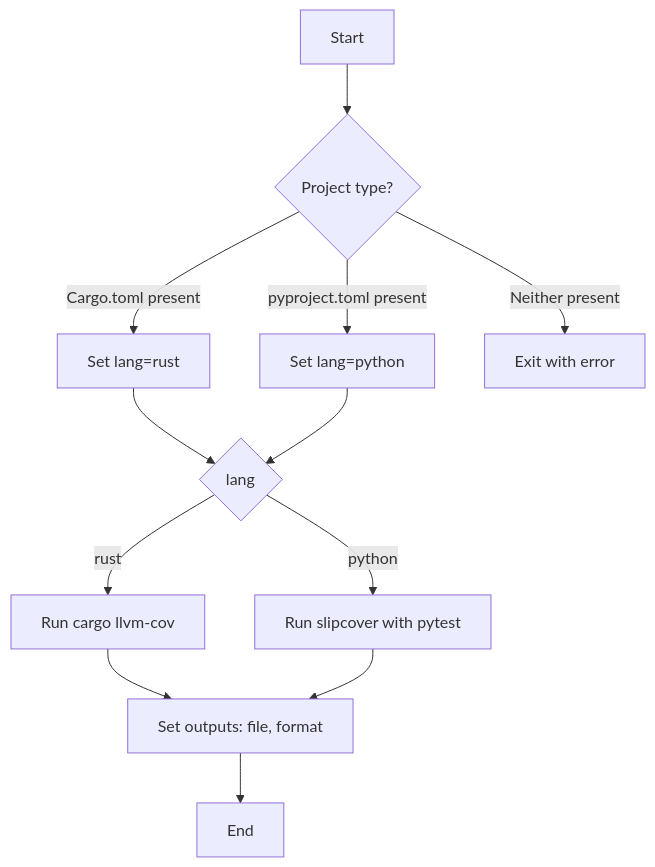
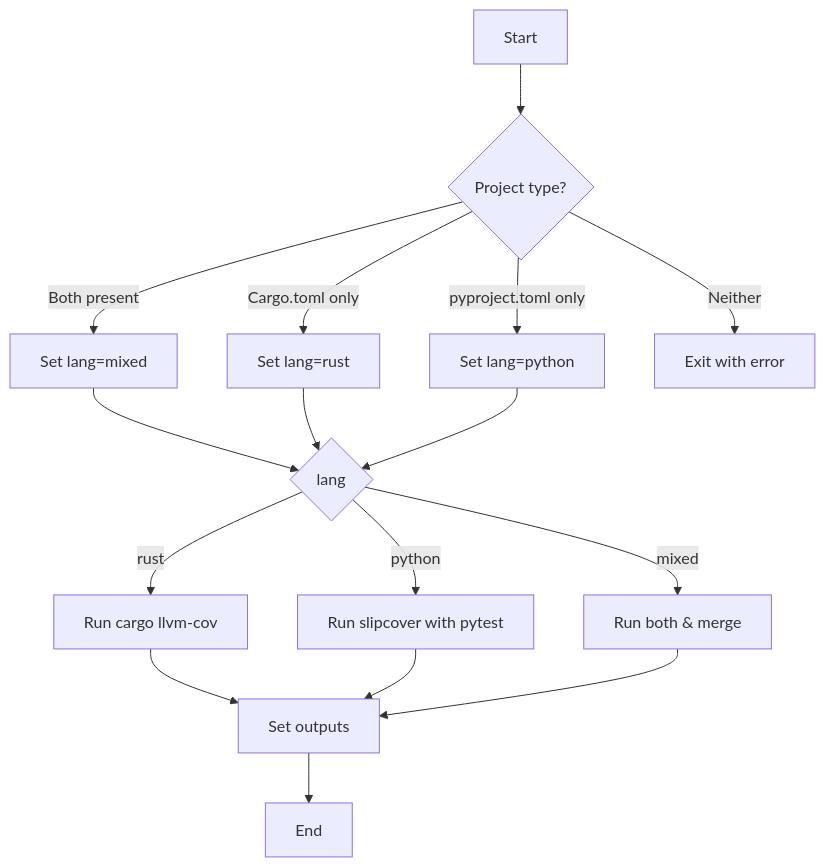
Before and after one commit to leynos/shared-actions: the diagram in .github/actions/generate-coverage/README.md, drawn with Mermaid. The commit also changed other lines of this file and 2 other files, not shown here.

Commit message:
feat(generate-coverage): merge python and rust reports

````diff
--- a/.github/actions/generate-coverage/README.md
+++ b/.github/actions/generate-coverage/README.md
@@ -11,14 +12,18 @@
 ```mermaid
 flowchart TD
     A[Start] --> B{Project type?}
-    B -- Cargo.toml present --> C[Set lang=rust]
-    B -- pyproject.toml present --> D[Set lang=python]
-    B -- Neither present --> E[Exit with error]
-    C --> F{lang}
-    D --> F
-    F -- rust --> G[Run cargo llvm-cov]
-    F -- python --> H[Run slipcover with pytest]
-    G --> I[Set outputs: file, format]
-    H --> I
-    I --> J[End]
+    B -- Both present --> C[Set lang=mixed]
+    B -- Cargo.toml only --> D[Set lang=rust]
+    B -- pyproject.toml only --> E[Set lang=python]
+    B -- Neither --> F[Exit with error]
+    C --> G{lang}
+    D --> G
+    E --> G
+    G -- rust --> H[Run cargo llvm-cov]
+    G -- python --> I[Run slipcover with pytest]
+    G -- mixed --> J[Run both & merge]
+    H --> K[Set outputs]
+    I --> K
+    J --> K
+    K --> L[End]
 ```
````
